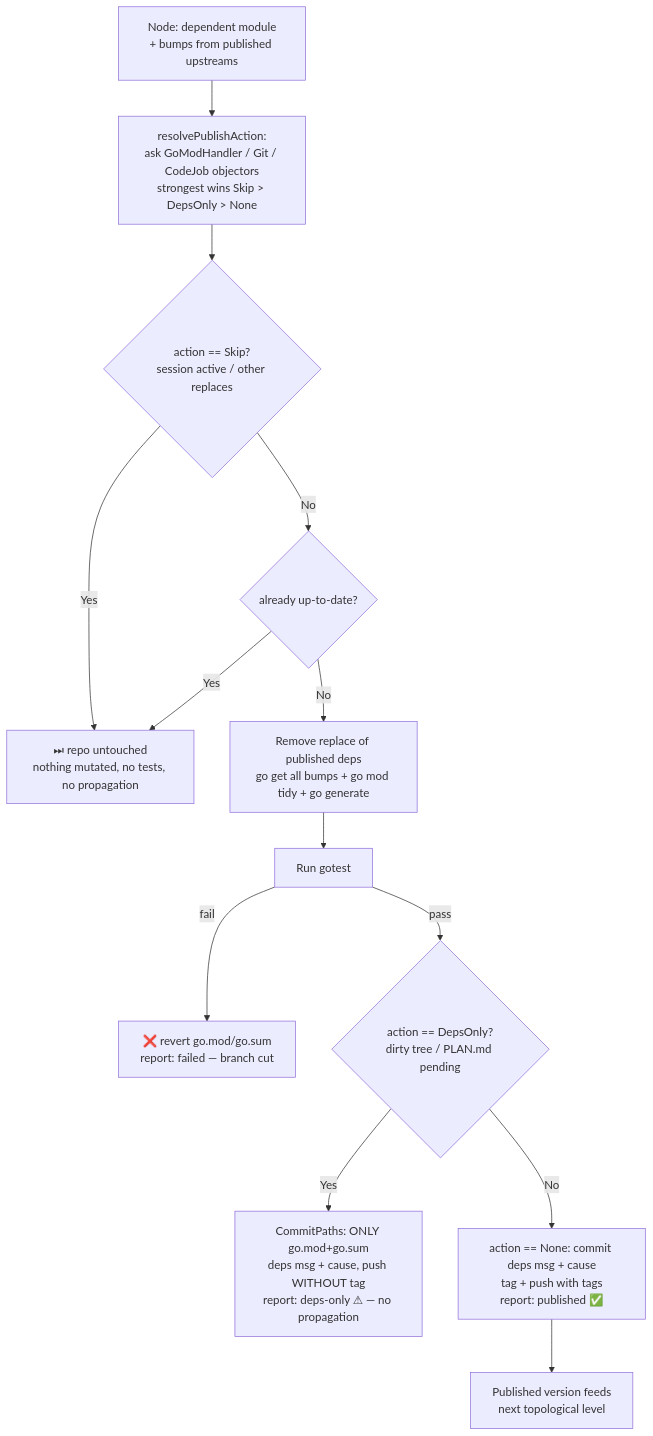
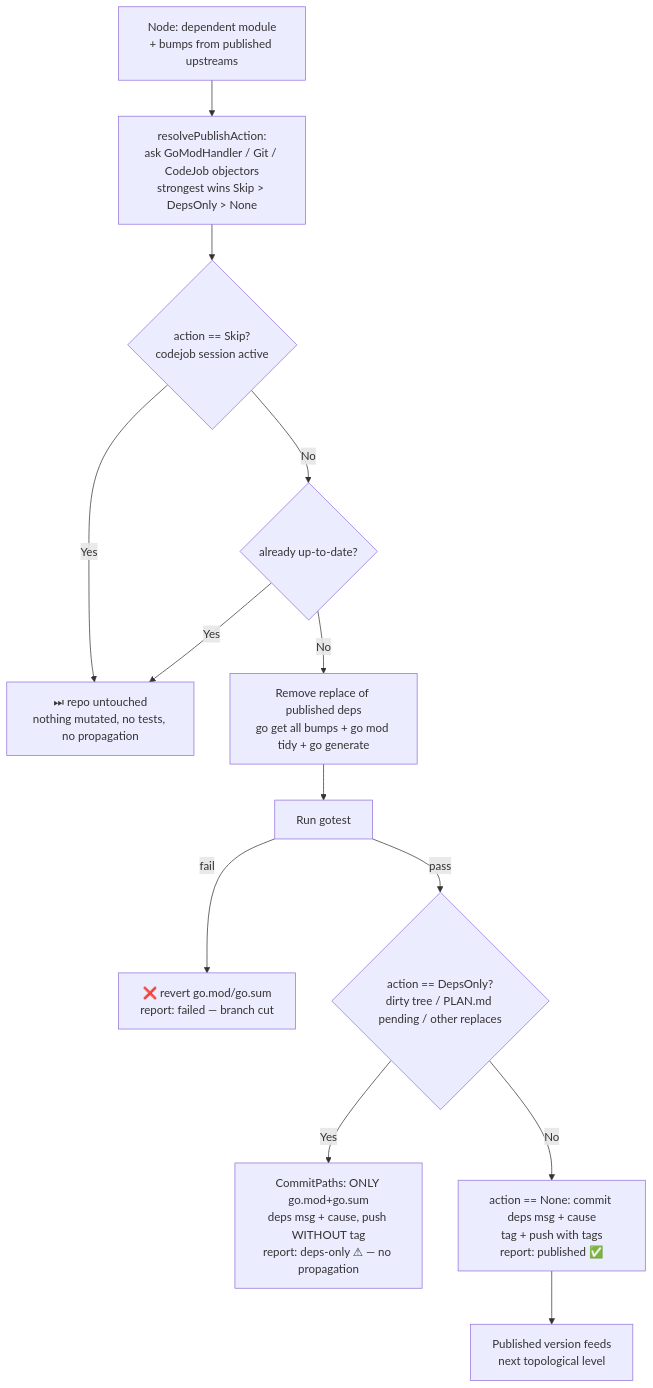
The second of 2 diagrams in docs/diagrams/GOPUSH_FLOW.md (tinywasm/devflow), drawn with Mermaid before and after one commit. The commit also changed other lines of this file and 5 other files, not shown here.

````diff
--- a/docs/diagrams/GOPUSH_FLOW.md
+++ b/docs/diagrams/GOPUSH_FLOW.md
@@ -96,15 +96,15 @@
 ```mermaid
 flowchart TD
     N[Node: dependent module<br/>+ bumps from published upstreams] --> NR[resolvePublishAction:<br/>ask GoModHandler / Git / CodeJob objectors<br/>strongest wins Skip &gt; DepsOnly &gt; None]
-    NR --> N1{action == Skip?<br/>session active / other replaces}
+    NR --> N1{action == Skip?<br/>codejob session active}
     N1 -- Yes --> NS1[⏭ repo untouched<br/>nothing mutated, no tests, no propagation]
     N1 -- No --> N3{already up-to-date?}
     N3 -- Yes --> NS1
     N3 -- No --> N2[Remove replace of published deps<br/>go get all bumps + go mod tidy + go generate]
     N2 --> N4[Run gotest]
     N4 -- fail --> NF[❌ revert go.mod/go.sum<br/>report: failed — branch cut]
-    N4 -- pass --> N5{action == DepsOnly?<br/>dirty tree / PLAN.md pending}
+    N4 -- pass --> N5{action == DepsOnly?<br/>dirty tree / PLAN.md pending / other replaces}
     N5 -- Yes --> N6[CommitPaths: ONLY go.mod+go.sum<br/>deps msg + cause, push WITHOUT tag<br/>report: deps-only ⚠ — no propagation]
     N5 -- No --> N7[action == None: commit deps msg + cause<br/>tag + push with tags<br/>report: published ✅]
     N7 --> N8[Published version feeds<br/>next topological level]
 ```
````
